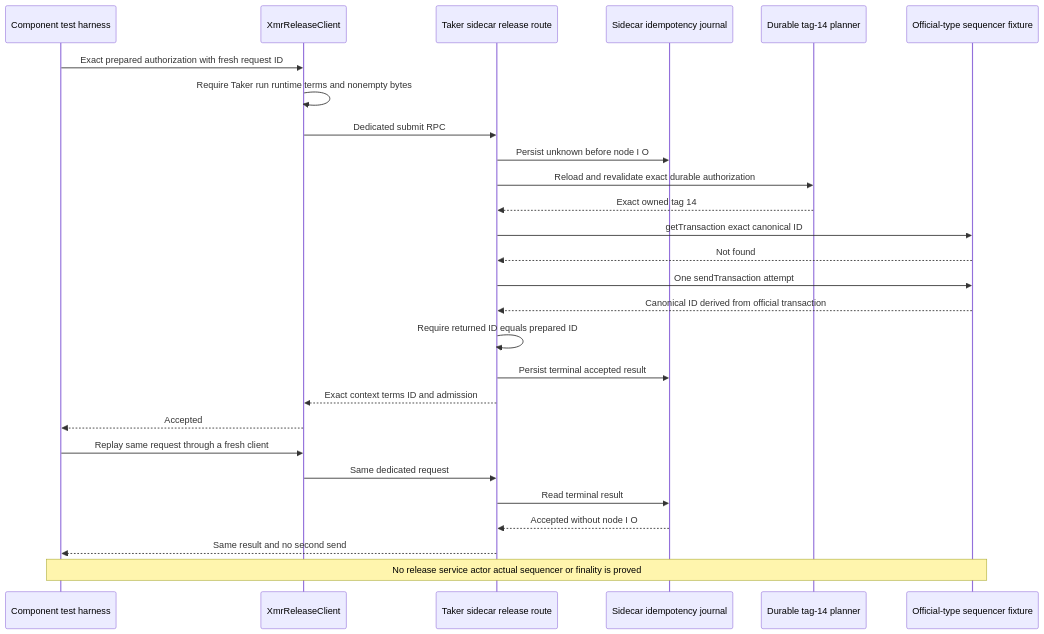
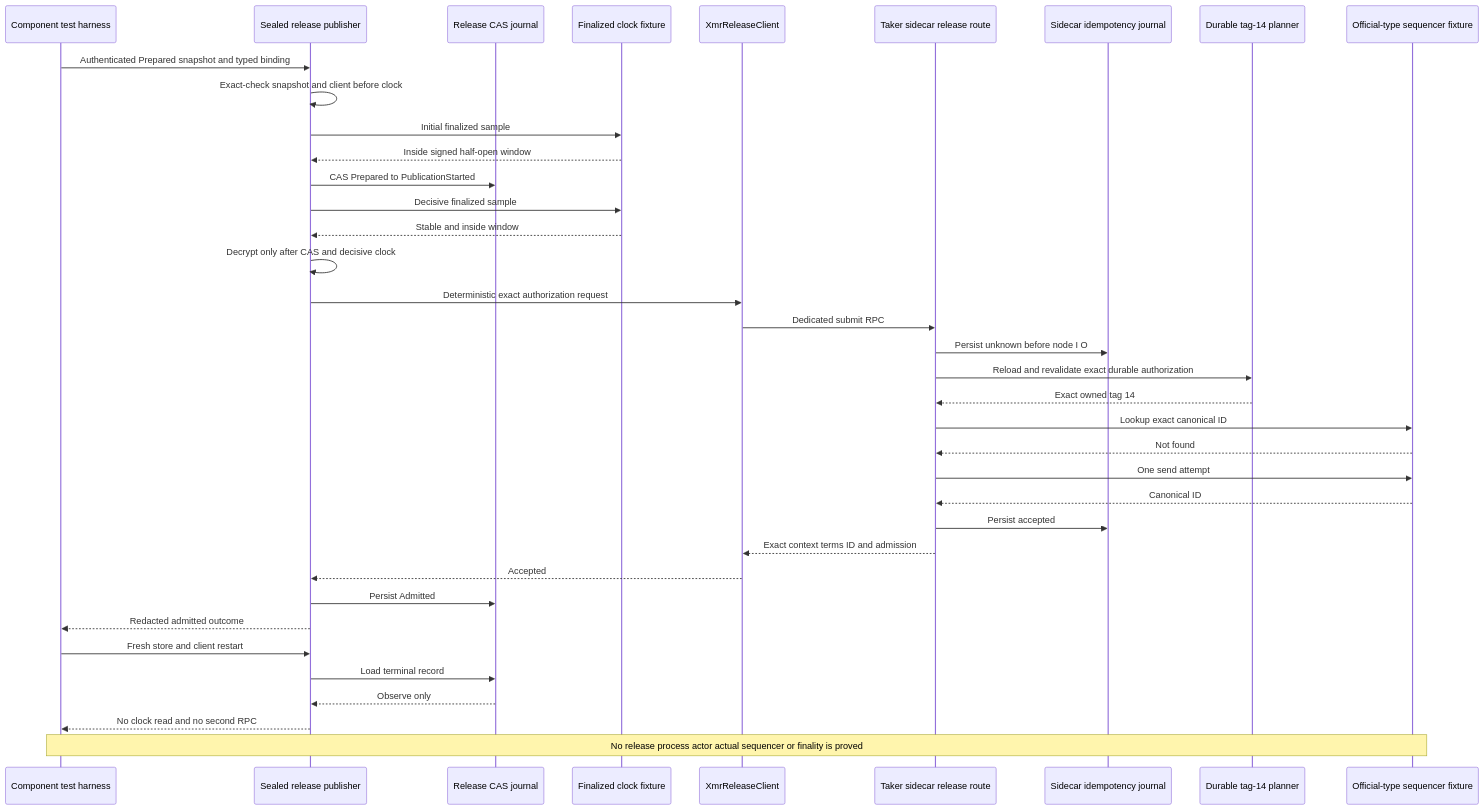
One commit to gateway-fm/lez-atomic-swaps changed diagram 22 of 28 in docs/architecture/system-architecture.md. Above: the diagram before and after it, drawn with Mermaid. The commit also changed other lines of this file and 18 other files, not shown here.

Commit message:
feat(m4): seal release journal to narrow client

````diff
--- a/docs/architecture/system-architecture.md
+++ b/docs/architecture/system-architecture.md
@@ -2236,30 +2240,40 @@
 ```mermaid
 sequenceDiagram
     participant Harness as Component test harness
+    participant Authority as Sealed release publisher
+    participant ReleaseJournal as Release CAS journal
+    participant Clock as Finalized clock fixture
     participant Client as XmrReleaseClient
     participant Sidecar as Taker sidecar release route
-    participant Journal as Sidecar idempotency journal
+    participant BridgeJournal as Sidecar idempotency journal
     participant Planner as Durable tag-14 planner
     participant Fixture as Official-type sequencer fixture
 
-    Harness->>Client: Exact prepared authorization with fresh request ID
-    Client->>Client: Require Taker run runtime terms and nonempty bytes
+    Harness->>Authority: Authenticated Prepared snapshot and typed binding
+    Authority->>Authority: Exact-check snapshot and client before clock
+    Authority->>Clock: Initial finalized sample
+    Clock-->>Authority: Inside signed half-open window
+    Authority->>ReleaseJournal: CAS Prepared to PublicationStarted
+    Authority->>Clock: Decisive finalized sample
+    Clock-->>Authority: Stable and inside window
+    Authority->>Authority: Decrypt only after CAS and decisive clock
+    Authority->>Client: Deterministic exact authorization request
     Client->>Sidecar: Dedicated submit RPC
-    Sidecar->>Journal: Persist unknown before node I O
+    Sidecar->>BridgeJournal: Persist unknown before node I O
     Sidecar->>Planner: Reload and revalidate exact durable authorization
     Planner-->>Sidecar: Exact owned tag 14
-    Sidecar->>Fixture: getTransaction exact canonical ID
+    Sidecar->>Fixture: Lookup exact canonical ID
     Fixture-->>Sidecar: Not found
-    Sidecar->>Fixture: One sendTransaction attempt
-    Fixture-->>Sidecar: Canonical ID derived from official transaction
-    Sidecar->>Sidecar: Require returned ID equals prepared ID
-    Sidecar->>Journal: Persist terminal accepted result
+    Sidecar->>Fixture: One send attempt
+    Fixture-->>Sidecar: Canonical ID
+    Sidecar->>BridgeJournal: Persist accepted
     Sidecar-->>Client: Exact context terms ID and admission
-    Client-->>Harness: Accepted
-    Harness->>Client: Replay same request through a fresh client
-    Client->>Sidecar: Same dedicated request
-    Sidecar->>Journal: Read terminal result
-    Journal-->>Sidecar: Accepted without node I O
-    Sidecar-->>Harness: Same result and no second send
-    Note over Harness,Fixture: No release service actor actual sequencer or finality is proved
+    Client-->>Authority: Accepted
+    Authority->>ReleaseJournal: Persist Admitted
+    Authority-->>Harness: Redacted admitted outcome
+    Harness->>Authority: Fresh store and client restart
+    Authority->>ReleaseJournal: Load terminal record
+    ReleaseJournal-->>Authority: Observe only
+    Authority-->>Harness: No clock read and no second RPC
+    Note over Harness,Fixture: No release process actor actual sequencer or finality is proved
 ```
````
